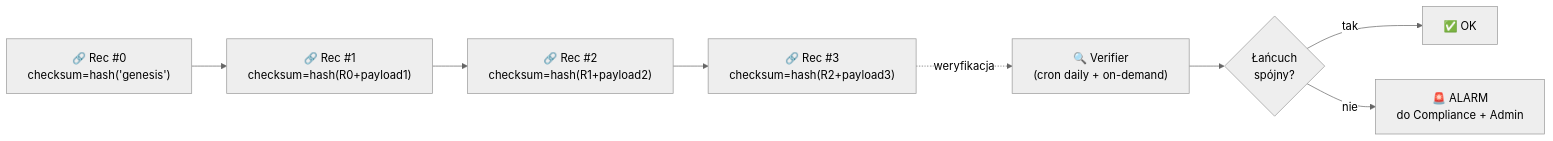
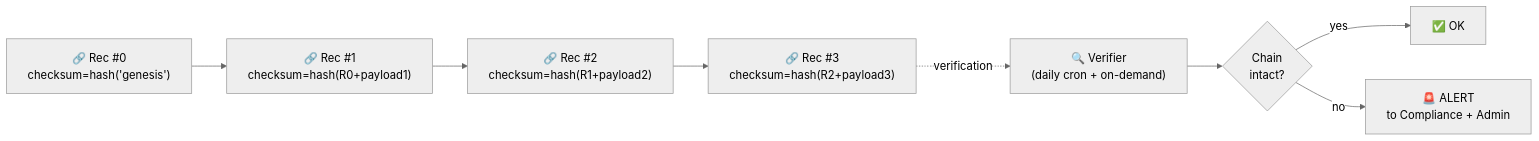
Before and after one commit to AmigoUK/qms-bakery: the fifth of 10 diagrams in 02-diagramy-architektury.md, drawn with Mermaid (neutral theme). The commit also changed other lines of this file and 1 other file, not shown here.

First line of the commit message:
Translate architecture docs (01-, 02-) from Polish to English

````diff
--- a/02-diagramy-architektury.md
+++ b/02-diagramy-architektury.md
@@ -351,13 +351,13 @@
 ```mermaid
 graph LR
     R0["🔗 Rec #0<br/>checksum=hash('genesis')"]
     R1["🔗 Rec #1<br/>checksum=hash(R0+payload1)"]
     R2["🔗 Rec #2<br/>checksum=hash(R1+payload2)"]
     R3["🔗 Rec #3<br/>checksum=hash(R2+payload3)"]
     R0 --> R1 --> R2 --> R3
-    VER["🔍 Verifier<br/>(cron daily + on-demand)"]
-    R3 -.weryfikacja.-> VER
-    VER --> OK{"Łańcuch<br/>spójny?"}
-    OK -->|tak| GREEN["✅ OK"]
-    OK -->|nie| RED["🚨 ALARM<br/>do Compliance + Admin"]
+    VER["🔍 Verifier<br/>(daily cron + on-demand)"]
+    R3 -.verification.-> VER
+    VER --> OK{"Chain<br/>intact?"}
+    OK -->|yes| GREEN["✅ OK"]
+    OK -->|no| RED["🚨 ALERT<br/>to Compliance + Admin"]
 ```
````
